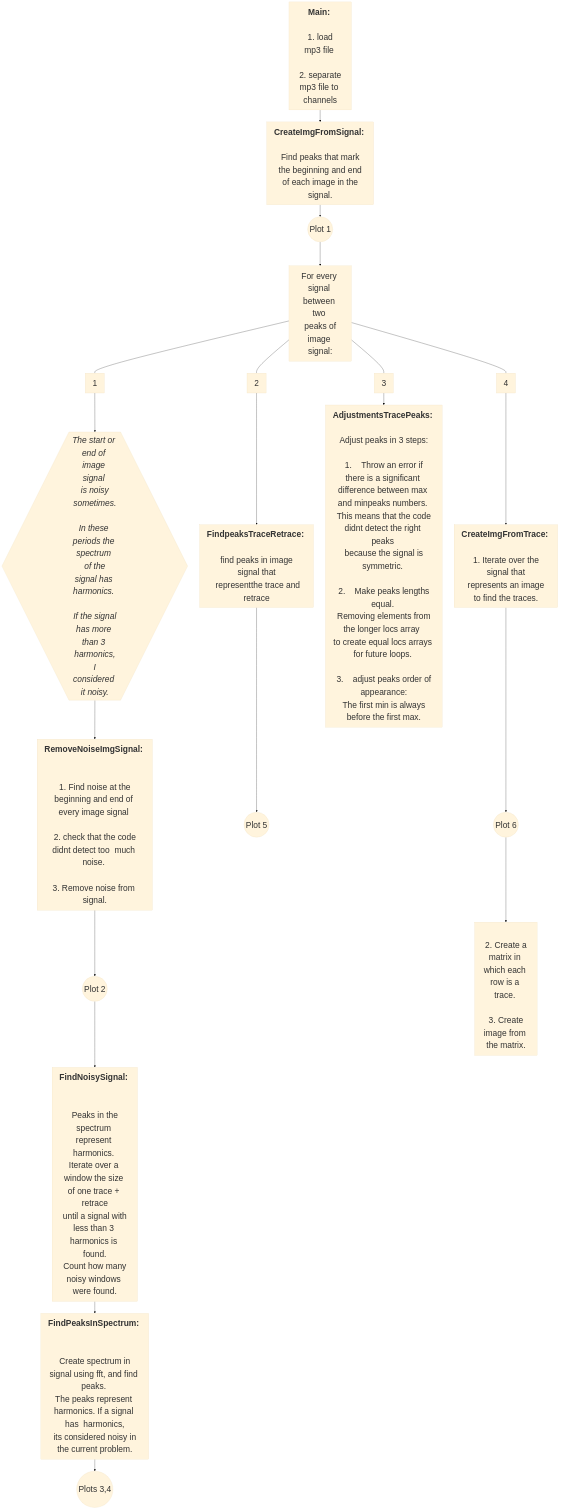
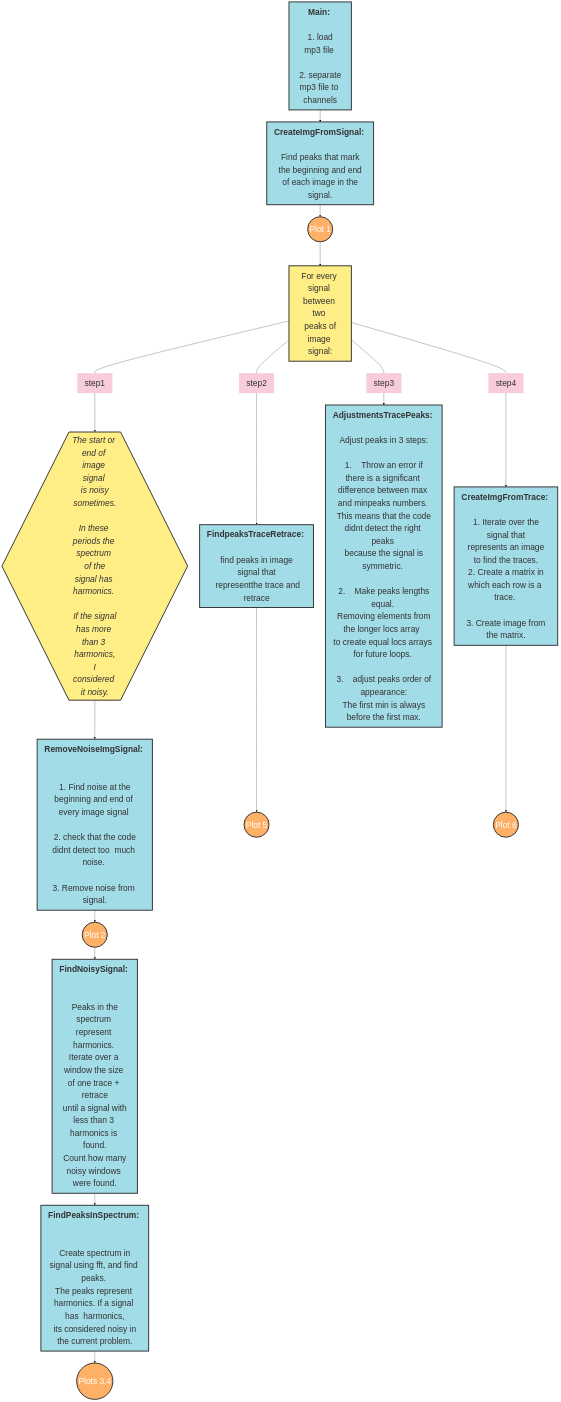
The diagram in README.md (michalevin25/VoyagerGoldenDisk), drawn with Mermaid before and after one commit.

````diff
--- a/README.md
+++ b/README.md
@@ -2,42 +2,57 @@
 ```mermaid
 %%{init: {'theme': 'base', 'themeVariables': { 'fontSize': '35px'}}}%%
 flowchart TB
+
+
+
+%% Nodes:
+
     id1[<b>Main:</b> <br /> <br /> 1. load mp3 file <br /> <br /> 2. separate mp3 file to channels]
     
     id2[<b>CreateImgFromSignal:</b> <br /> <br /> Find peaks that mark the beginning and end<br /> of each image in the signal.]
-    
-    plt1((Plot 1)) 
     
     id3[For every signal between two <br /> peaks of image signal:]
     
     id4{{<i>The start or end of image signal <br /> is noisy sometimes.<br /> <br />In these periods the spectrum <br /> of the signal has harmonics. <br /><br /> If the signal has more than 3 harmonics,<br /> I considered it noisy.</i>}}
     
     id5[<b>RemoveNoiseImgSignal:</b>  <br /> <br /> 1. Find noise at the beginning and end of every image signal <br /> <br /> 2. check that the code didnt detect too  much noise. <br /> <br />3. Remove noise from signal. ]
-    
-    plt2((Plot 2)) 
-    
+        
     id6[<b>FindNoisySignal:</b>  <br /> <br /> Peaks in the spectrum represent harmonics. <br />Iterate over a window the size of one trace + retrace<br /> until a signal with less than 3 harmonics is found.<br /> Count how many noisy windows were found.]
     
     id7[<b>FindPeaksInSpectrum:</b>  <br /> <br /> Create spectrum in signal using fft, and find peaks. <br />The peaks represent harmonics. If a signal has  harmonics,<br /> its considered noisy in the current problem.]
-    
-    plt34((Plots 3,4)) 
-    
+        
     id8[<b>FindpeaksTraceRetrace:</b> <br />  <br /> find peaks in image signal that<br />  representthe trace and retrace]
-    
-    plt5((Plot 5)) 
-    
+        
     id9[<b>AdjustmentsTracePeaks:</b> <br />  <br /> Adjust peaks in 3 steps: <br /> <br /> 1.	Throw an error if there is a significant <br />difference between max and minpeaks numbers. <br /> This means that the code didnt detect the right peaks <br /> because the signal is symmetric. <br /> <br /> 2.	Make peaks lengths equal. <br /> Removing elements from the longer locs array  <br />to create equal locs arrays for future loops. <br /> <br /> 3.	adjust peaks order of appearance:<br /> The first min is always before the first max.]
     
-    id10[<b>CreateImgFromTrace:</b> <br />  <br /> 1. Iterate over the signal that<br /> represents an image to find the traces.]
+    id10[<b>CreateImgFromTrace:</b> <br />  <br /> 1. Iterate over the signal that<br /> represents an image to find the traces.<br /> 2. Create a matrix in which each row is a trace. <br /> <br /> 3. Create image from the matrix.]
     
-    plt6((Plot 6))
+    %% plot nodes:
+   
+    plt1((Plot 1)) 
+    plt2((Plot 2)) 
+    plt34((Plots 3,4)) 
+    plt5((Plot 5)) 
+    plt6((Plot 6)) 
     
-    id11[<br /> 2. Create a matrix in which each row is a trace. <br /> <br /> 3. Create image from the matrix.]
+    %% Relations between nodes: 
     
     id1--> id2 --> plt1 ---> id3
-    id3 --- 1 --> id4  --> id5 --> plt2--> id6 --> id7 --> plt34
-    id3--- 2--> id8 --> plt5
-    id3---  3--> id9
-    id3---  4--> id10 --> plt6 --> id11
+    id3 --- step1 --> id4  --> id5 --> plt2--> id6 --> id7 --> plt34
+    id3---  step2--> id8 --> plt5
+    id3---  step3--> id9
+    id3---  step4--> id10 --> plt6 
+    
+    %% attaching to class for styling:
+    
+    class id1,id2,id5,id6,id7,id8,id9,id10 nodesfunc;
+    class id3,id4 nodescomment;
+    class plt1,plt2,plt34,plt5,plt6 nodesplt;
+    
+    %% styling:
+    classDef default      fill:#F8CCDC
+    classDef nodesfunc    fill:#A2DCE7, stroke:#333,stroke-width:4px
+    classDef nodescomment fill:#FFED86, stroke:#333,stroke-width:4px
+    classDef nodesplt     fill:#FFB067, stroke:#333,stroke-width:4px, color:#fff
 
 ```
````
